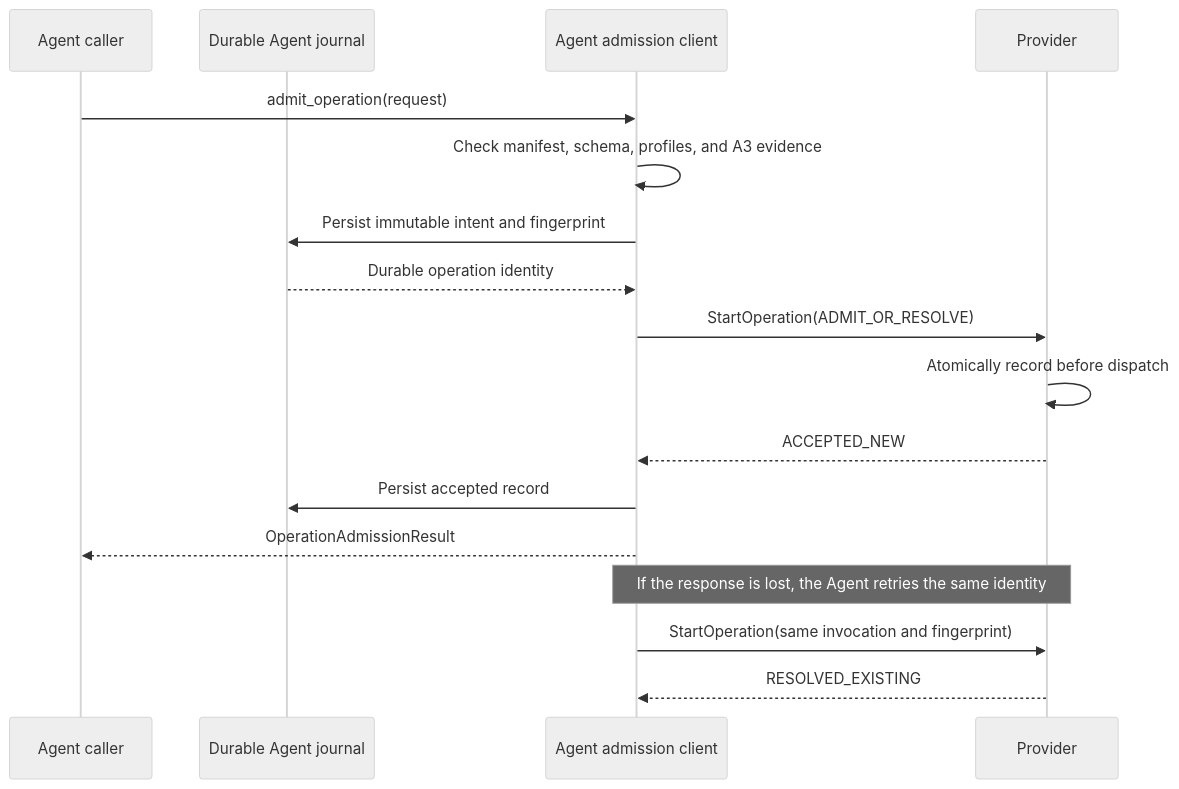
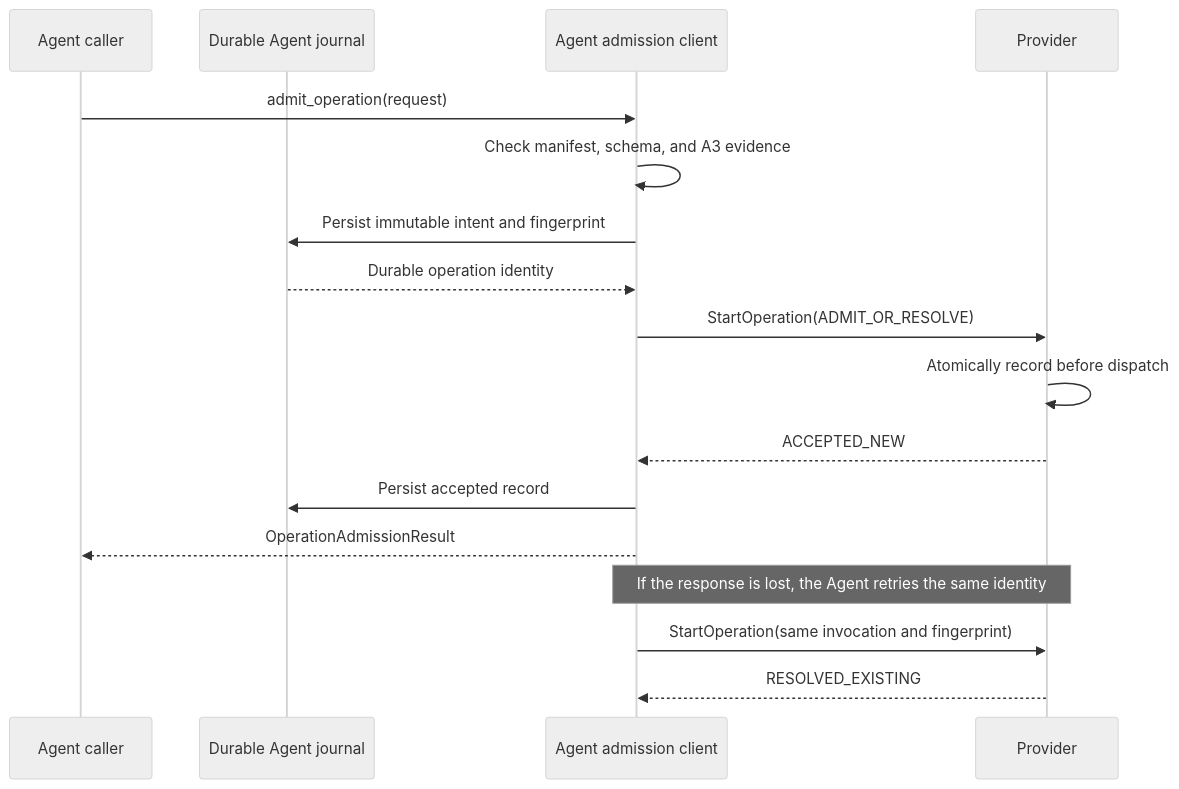
One commit to stateforge-org/stateforge-agent changed the diagram in docs/sfp-operation-admission.md. Above: the diagram before and after it, drawn with Mermaid (neutral theme). The commit also changed other lines of this file and 13 other files, not shown here.

````diff
--- a/docs/sfp-operation-admission.md
+++ b/docs/sfp-operation-admission.md
@@ -12,21 +12,21 @@
 ```mermaid
 sequenceDiagram
     participant C as Agent caller
     participant J as Durable Agent journal
     participant A as Agent admission client
     participant P as Provider
 
     C->>A: admit_operation(request)
-    A->>A: Check manifest, schema, profiles, and A3 evidence
+    A->>A: Check manifest, schema, and A3 evidence
     A->>J: Persist immutable intent and fingerprint
     J-->>A: Durable operation identity
     A->>P: StartOperation(ADMIT_OR_RESOLVE)
     P->>P: Atomically record before dispatch
     P-->>A: ACCEPTED_NEW
     A->>J: Persist accepted record
     A-->>C: OperationAdmissionResult
 
     Note over A,P: If the response is lost, the Agent retries the same identity
     A->>P: StartOperation(same invocation and fingerprint)
     P-->>A: RESOLVED_EXISTING
 ```
````
